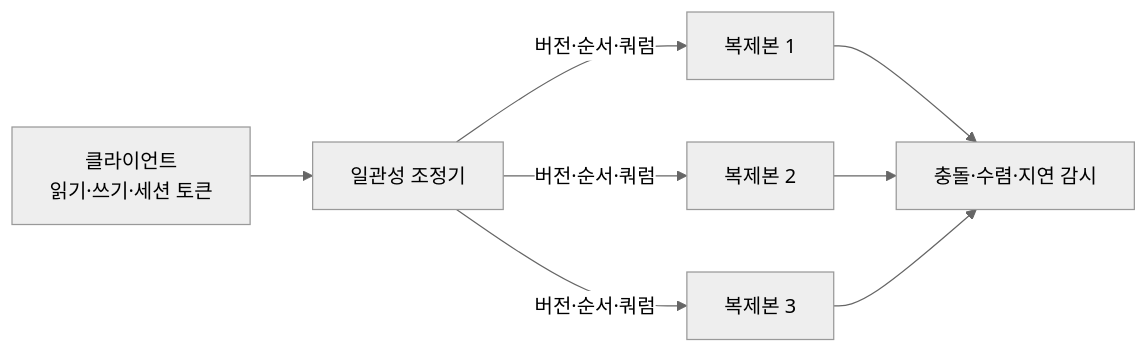
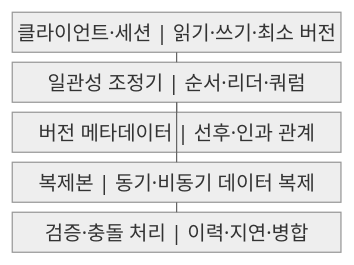
The first of 2 diagrams in src/content/docs/notes/03-software/176_distributed_consistency_models.md (agnusdei1207/knowledge-base), drawn with Mermaid (neutral theme) before and after one commit. The commit also changed other lines of this file and 20 other files, not shown here.

````diff
--- a/src/content/docs/notes/03-software/176_distributed_consistency_models.md
+++ b/src/content/docs/notes/03-software/176_distributed_consistency_models.md
@@ -60,10 +55,13 @@
 ```mermaid
-flowchart LR
-    C["클라이언트<br/>읽기·쓰기·세션 토큰"] --> K["일관성 조정기"]
-    K -->|"버전·순서·쿼럼"| R1["복제본 1"]
-    K -->|"버전·순서·쿼럼"| R2["복제본 2"]
-    K -->|"버전·순서·쿼럼"| R3["복제본 3"]
-    R1 --> M["충돌·수렴·지연 감시"]
-    R2 --> M
-    R3 --> M
+block
+    columns 1
+    A["클라이언트·세션 | 읽기·쓰기·최소 버전"]
+    B["일관성 조정기 | 순서·리더·쿼럼"]
+    C["버전 메타데이터 | 선후·인과 관계"]
+    D["복제본 | 동기·비동기 데이터 복제"]
+    E["검증·충돌 처리 | 이력·지연·병합"]
+    A --- B
+    B --- C
+    B --- D
+    D --- E
 ```
````
